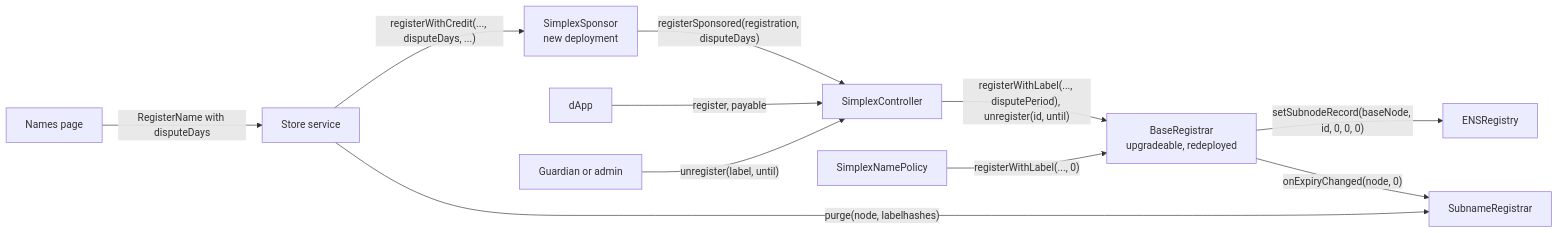
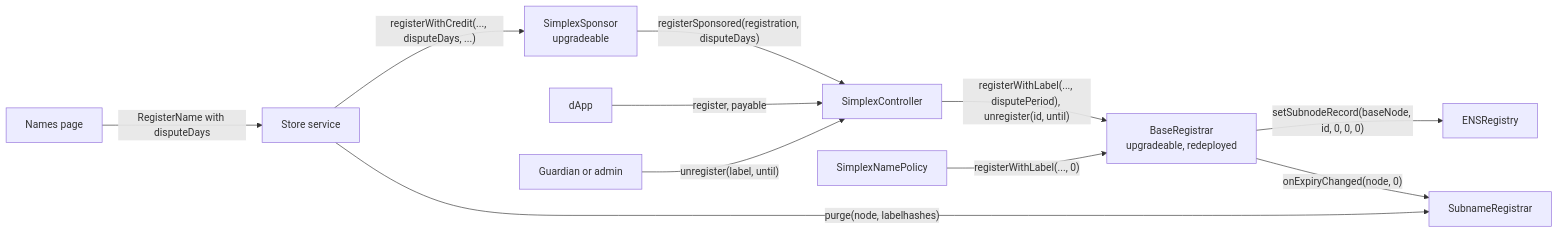
The third of 3 diagrams in docs/plans/dispute-period.md (brenzi/simplex-namespace-contract), drawn with Mermaid before and after one commit. The commit also changed other lines of this file, not shown here.

Commit message:
docs: dispute period with the sponsor behind its own proxy

````diff
--- a/docs/plans/dispute-period.md
+++ b/docs/plans/dispute-period.md
@@ -146,13 +146,13 @@
 ```mermaid
 flowchart LR
   page["Names page"] -->|"RegisterName with disputeDays"| service["Store service"]
-  service -->|"registerWithCredit(..., disputeDays, ...)"| sponsor["SimplexSponsor<br/>new deployment"]
+  service -->|"registerWithCredit(..., disputeDays, ...)"| sponsor["SimplexSponsor<br/>upgradeable"]
   sponsor -->|"registerSponsored(registration, disputeDays)"| controller["SimplexController"]
   dapp["dApp"] -->|"register, payable"| controller
   guardian["Guardian or admin"] -->|"unregister(label, until)"| controller
   controller -->|"registerWithLabel(..., disputePeriod), unregister(id, until)"| registrar["BaseRegistrar<br/>upgradeable, redeployed"]
   policy["SimplexNamePolicy"] -->|"registerWithLabel(..., 0)"| registrar
   registrar -->|"setSubnodeRecord(baseNode, id, 0, 0, 0)"| registry["ENSRegistry"]
   registrar -->|"onExpiryChanged(node, 0)"| subnames["SubnameRegistrar"]
   service -->|"purge(node, labelhashes)"| subnames
 ```
````
